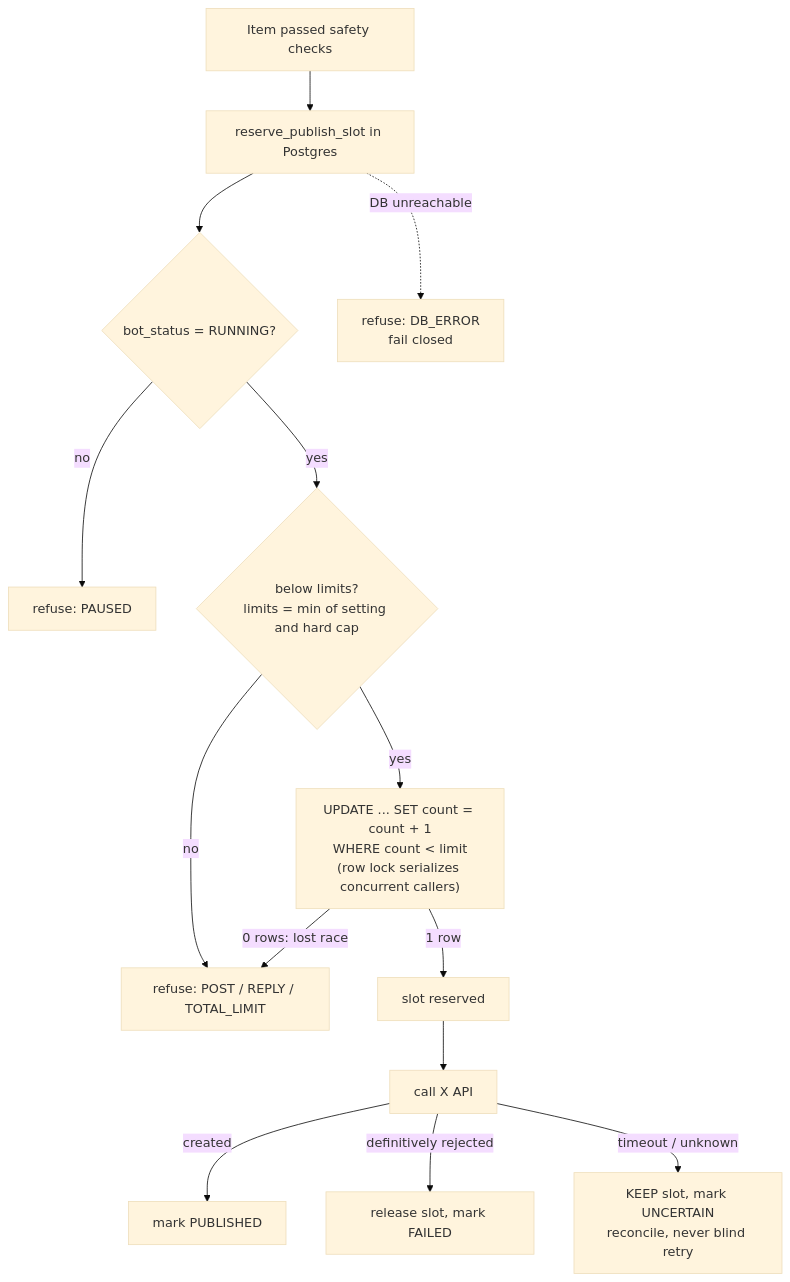
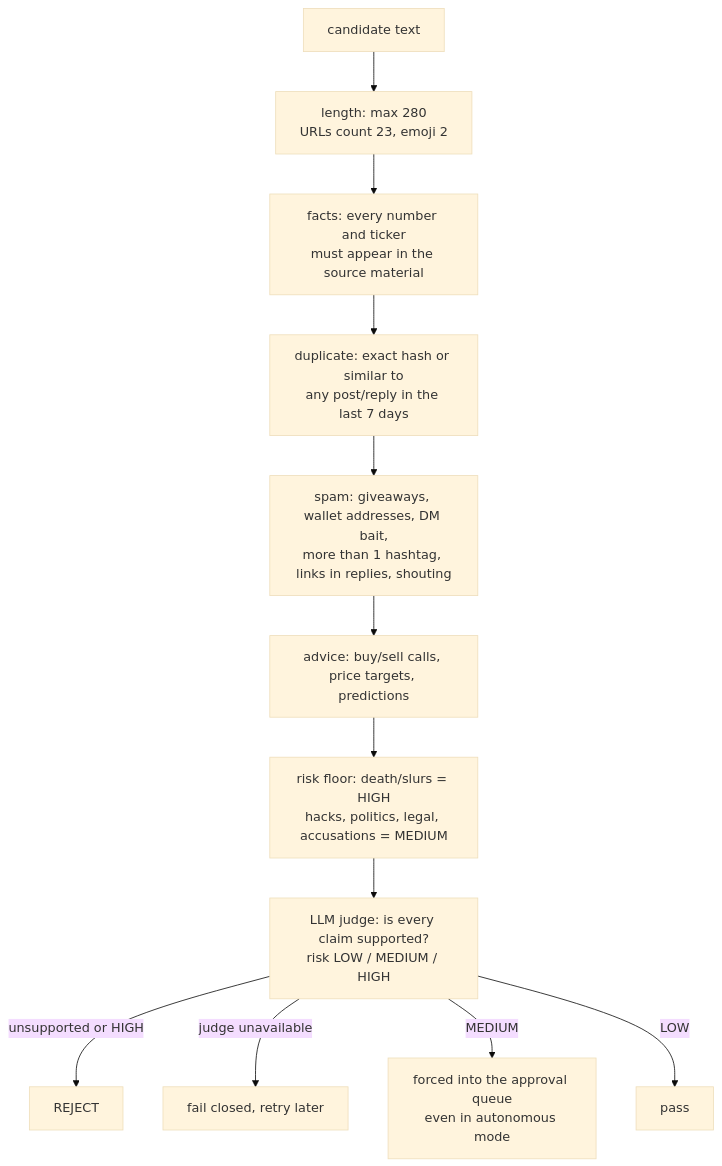
The fourth of 10 diagrams in README.md (davide963-ux/automated-reply-bot), drawn with Mermaid (base theme) before and after one commit. The commit also changed other lines of this file and 49 other files, not shown here.

First line of the commit message:
Implement phases 2-10: X auth, LLM, news, post and reply engines, dashboard

````diff
--- a/README.md
+++ b/README.md
@@ -62,16 +116,14 @@
 ```mermaid
 flowchart TD
-  A[Item passed safety checks] --> B[reserve_publish_slot in Postgres]
-  B --> C{bot_status = RUNNING?}
-  C -->|no| Z1[refuse: PAUSED]
-  C -->|yes| D{below limits?<br/>limits = min of setting and hard cap}
-  D -->|no| Z2[refuse: POST / REPLY / TOTAL_LIMIT]
-  D -->|yes| E["UPDATE ... SET count = count + 1<br/>WHERE count < limit<br/>(row lock serializes concurrent callers)"]
-  E -->|0 rows: lost race| Z2
-  E -->|1 row| F[slot reserved]
-  F --> G[call X API]
-  G -->|created| H[mark PUBLISHED]
-  G -->|definitively rejected| I[release slot, mark FAILED]
-  G -->|timeout / unknown| J[KEEP slot, mark UNCERTAIN<br/>reconcile, never blind retry]
-  B -.->|DB unreachable| Z3[refuse: DB_ERROR<br/>fail closed]
+    A[candidate text] --> B[length: max 280<br/>URLs count 23, emoji 2]
+    B --> C[facts: every number and ticker<br/>must appear in the source material]
+    C --> D[duplicate: exact hash or similar to<br/>any post/reply in the last 7 days]
+    D --> E[spam: giveaways, wallet addresses, DM bait,<br/>more than 1 hashtag, links in replies, shouting]
+    E --> F[advice: buy/sell calls, price targets, predictions]
+    F --> G[risk floor: death/slurs = HIGH<br/>hacks, politics, legal, accusations = MEDIUM]
+    G --> H[LLM judge: is every claim supported?<br/>risk LOW / MEDIUM / HIGH]
+    H -->|unsupported or HIGH| STOP[REJECT]
+    H -->|judge unavailable| CLOSED[fail closed, retry later]
+    H -->|MEDIUM| APPROVAL[forced into the approval queue<br/>even in autonomous mode]
+    H -->|LOW| OK[pass]
 ```
````
